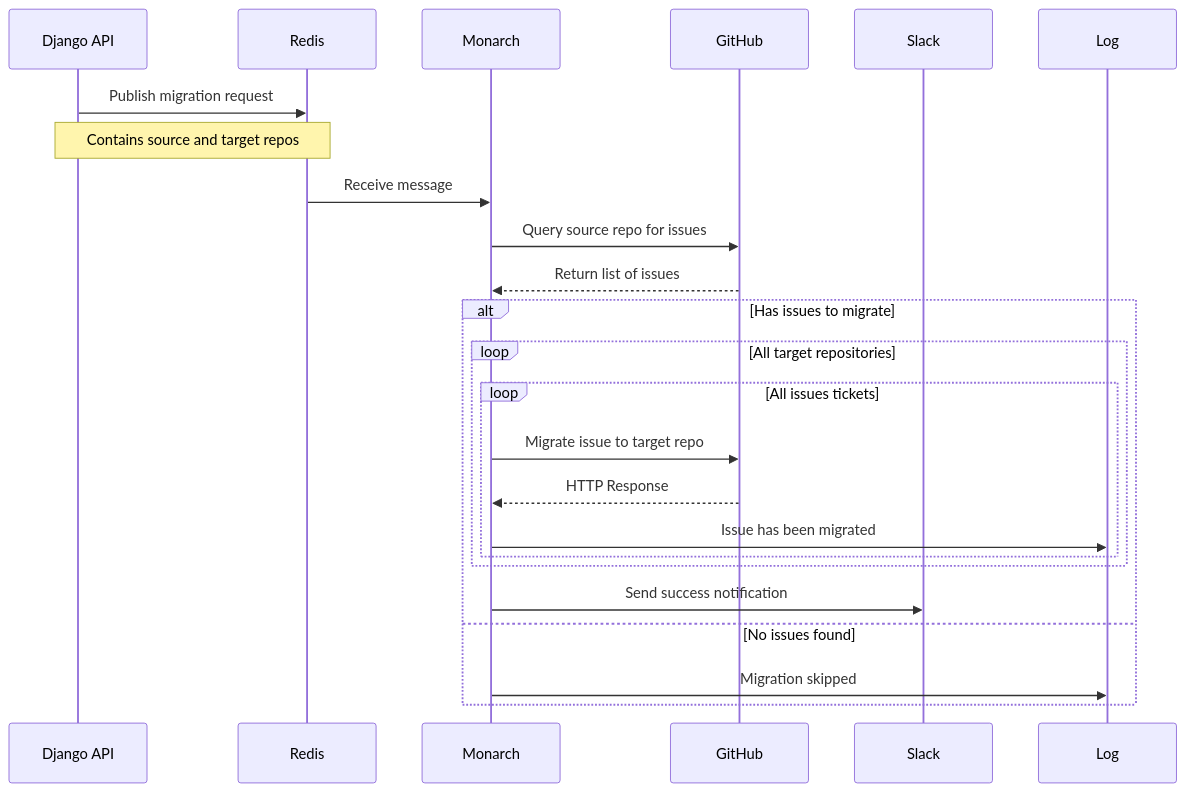
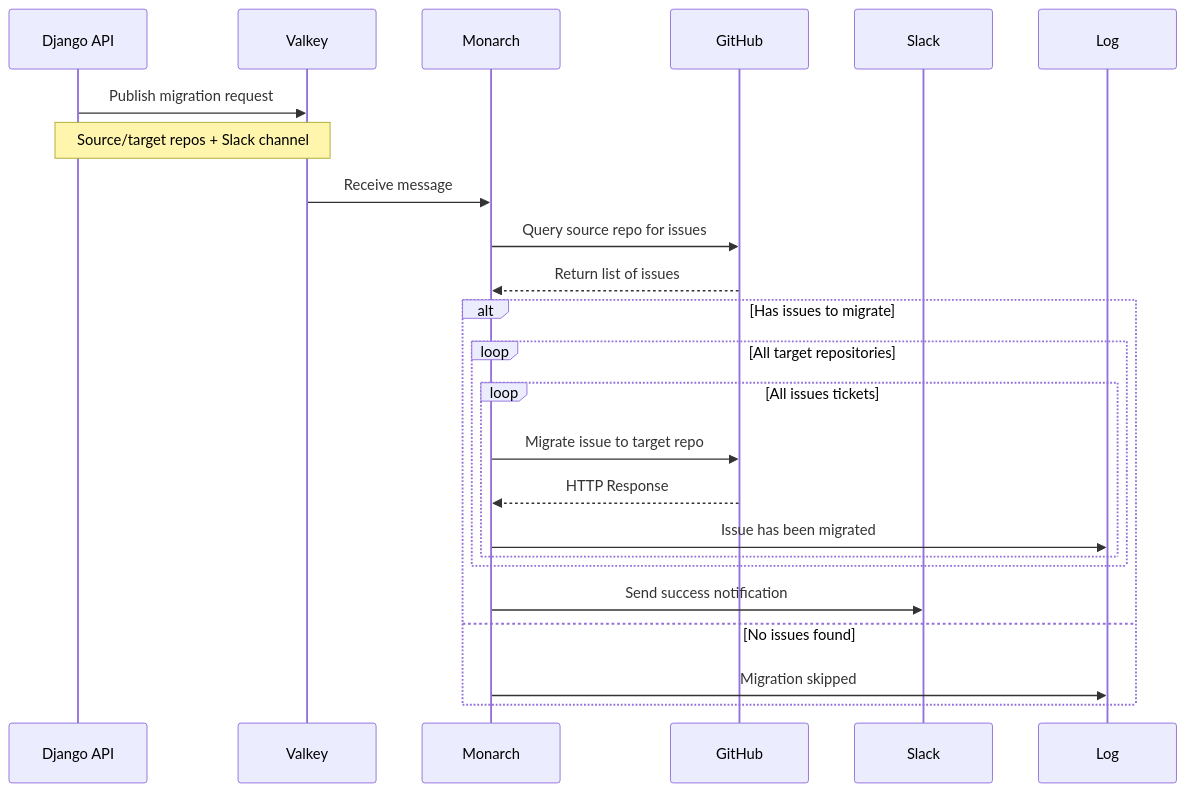
Before and after one commit to NSS-Workshops/service-monarch: the diagram in README.md, drawn with Mermaid. The commit also changed other lines of this file and 8 other files, not shown here.

````diff
--- a/README.md
+++ b/README.md
@@ -81,30 +90,30 @@
 ```mermaid
 sequenceDiagram
     participant API as Django API
-    participant Redis
+    participant Valkey
     participant Monarch
     participant GitHub
     participant Slack
     participant Log
 
-    API->>Redis: Publish migration request
-    Note over API,Redis: Contains source and target repos
+    API->>Valkey: Publish migration request
+    Note over API,Valkey: Source/target repos + Slack channel
 
-    Redis->>Monarch: Receive message
+    Valkey->>Monarch: Receive message
 
     Monarch->>GitHub: Query source repo for issues
     GitHub-->>Monarch: Return list of issues
 
     alt Has issues to migrate
         loop All target repositories
            loop All issues tickets
            Monarch->>GitHub: Migrate issue to target repo
            GitHub-->>Monarch: HTTP Response
            Monarch->>Log: Issue has been migrated
            end
         end
         Monarch->>Slack: Send success notification
     else No issues found
         Monarch->>Log: Migration skipped
     end
 ```
````
